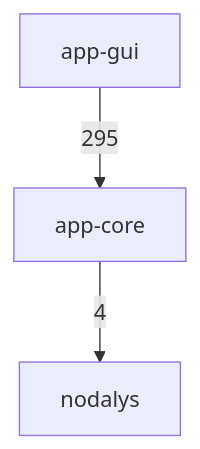
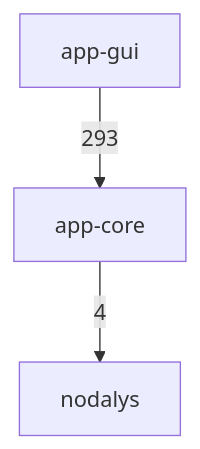
The first of 3 diagrams in docs/architecture.md (ronnymilleo/imcsim), drawn with Mermaid before and after one commit. The commit also changed other lines of this file, not shown here.

Commit message:
Update the include diagram for the run repeat plan and the run starts

````diff
--- a/docs/architecture.md
+++ b/docs/architecture.md
@@ -22,8 +22,8 @@
 ```mermaid
 flowchart TD
     app_gui[app-gui]
     app_core[app-core]
     nodalys[nodalys]
     app_core -->|4| nodalys
-    app_gui -->|295| app_core
+    app_gui -->|293| app_core
 ```
````
